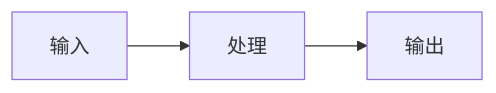
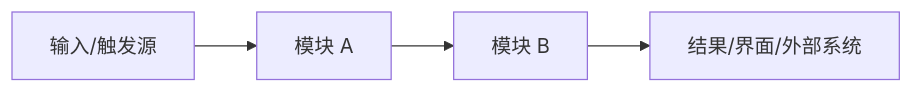
One commit to YuanLiChu/edan-spec changed the third of 9 diagrams in skills/edanspec-design-review/templates/design-review-template.md. Above: the diagram before and after it, drawn with Mermaid. The commit also changed other lines of this file and 11 other files, not shown here.

````diff
--- a/skills/edanspec-design-review/templates/design-review-template.md
+++ b/skills/edanspec-design-review/templates/design-review-template.md
@@ -140,4 +179,6 @@
 ```mermaid
 graph LR
-    A[输入] --> B[处理] --> C[输出]
+    Input[输入/触发源] --> M1[模块 A]
+    M1 --> M2[模块 B]
+    M2 --> Output[结果/界面/外部系统]
 ```
````
